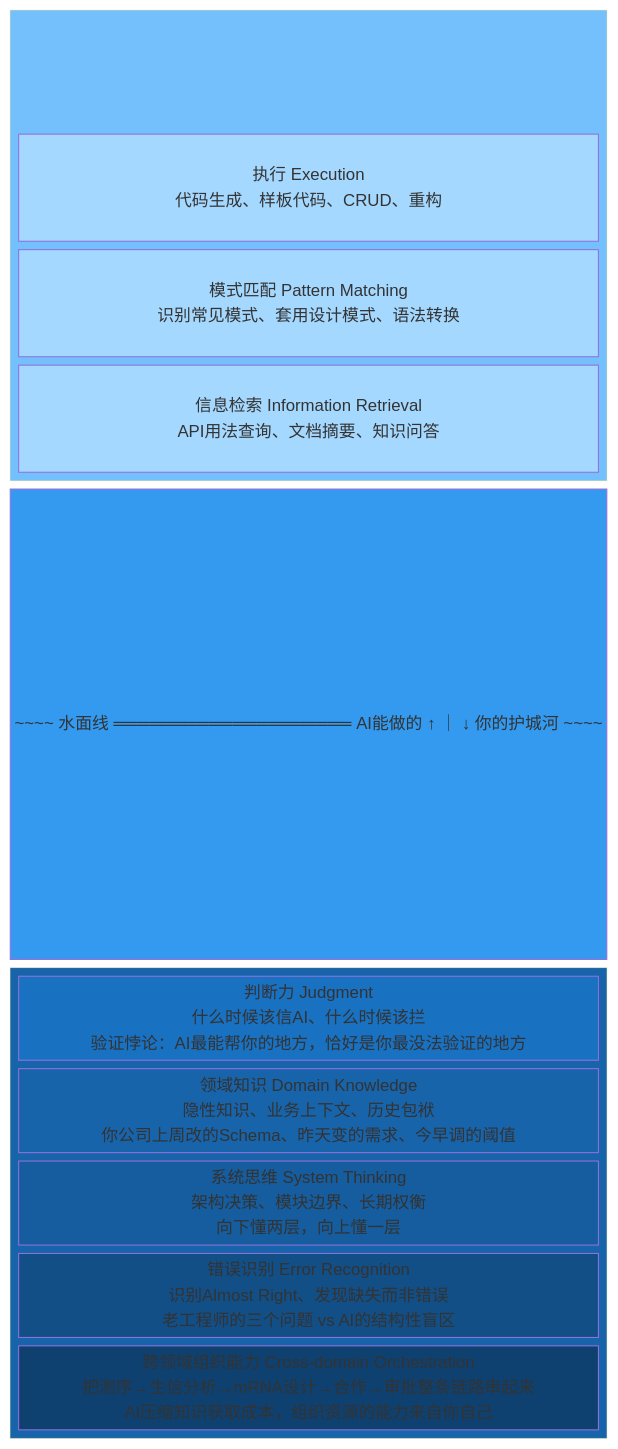
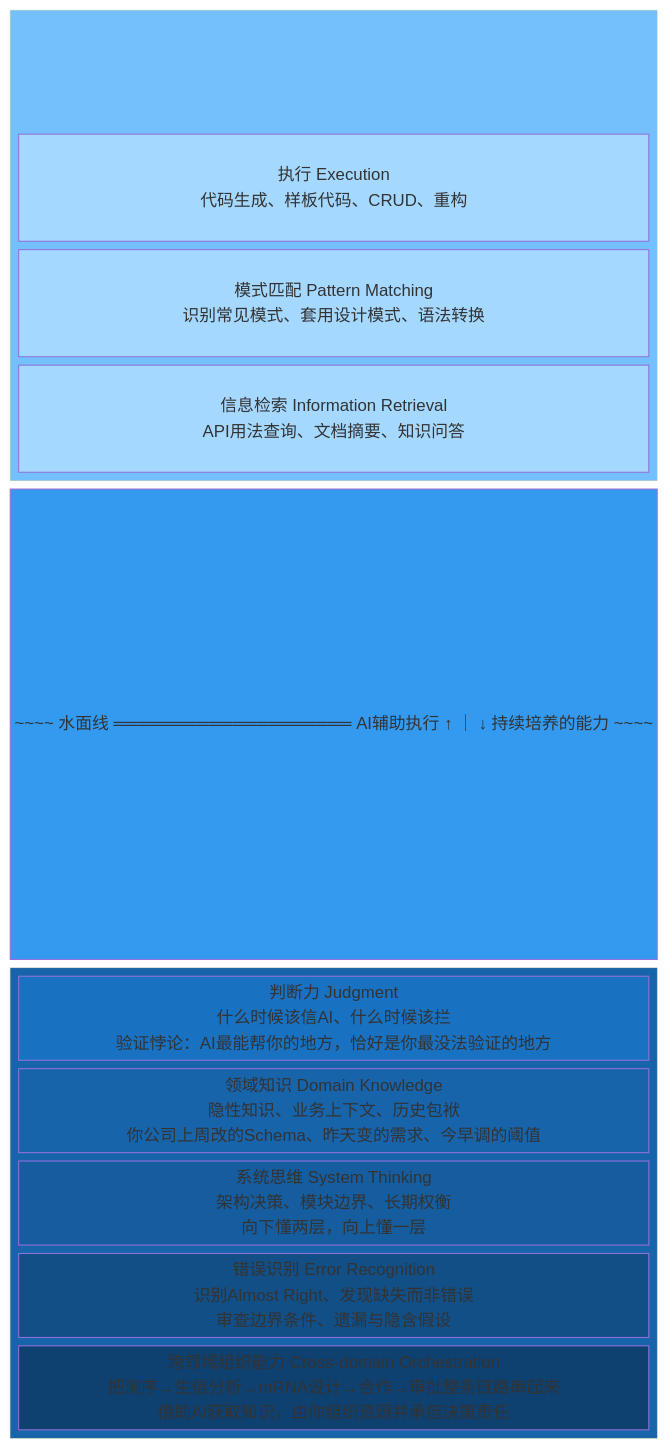
Before and after one commit to linan109/harness-engineering-book: the first of 2 diagrams in diagrams/capability-iceberg.md, drawn with Mermaid. The commit also changed other lines of this file and 53 other files, not shown here.

````diff
--- a/diagrams/capability-iceberg.md
+++ b/diagrams/capability-iceberg.md
@@ -9,35 +9,35 @@
 ```mermaid
 block-beta
     columns 1
     
     block:above:1
         columns 1
         space
         A1["执行 Execution<br/>代码生成、样板代码、CRUD、重构"]
         A2["模式匹配 Pattern Matching<br/>识别常见模式、套用设计模式、语法转换"]
         A3["信息检索 Information Retrieval<br/>API用法查询、文档摘要、知识问答"]
     end
     
-    WL["~~~~ 水面线 ════════════════════ AI能做的 ↑ ｜ ↓ 你的护城河 ~~~~"]
+    WL["~~~~ 水面线 ════════════════════ AI辅助执行 ↑ ｜ ↓ 持续培养的能力 ~~~~"]
     
     block:below:1
         columns 1
         B1["判断力 Judgment<br/>什么时候该信AI、什么时候该拦<br/>验证悖论：AI最能帮你的地方，恰好是你最没法验证的地方"]
         B2["领域知识 Domain Knowledge<br/>隐性知识、业务上下文、历史包袱<br/>你公司上周改的Schema、昨天变的需求、今早调的阈值"]
         B3["系统思维 System Thinking<br/>架构决策、模块边界、长期权衡<br/>向下懂两层，向上懂一层"]
-        B4["错误识别 Error Recognition<br/>识别Almost Right、发现缺失而非错误<br/>老工程师的三个问题 vs AI的结构性盲区"]
-        B5["跨领域组织能力 Cross-domain Orchestration<br/>把测序→生信分析→mRNA设计→合作→审批整条链路串起来<br/>AI压缩知识获取成本，组织资源的能力来自你自己"]
+        B4["错误识别 Error Recognition<br/>识别Almost Right、发现缺失而非错误<br/>审查边界条件、遗漏与隐含假设"]
+        B5["跨领域组织能力 Cross-domain Orchestration<br/>把测序→生信分析→mRNA设计→合作→审批整条链路串起来<br/>借助AI获取知识，由你组织资源并承担决策责任"]
     end
 
     style above fill:#74c0fc,color:#333
     style WL fill:#339af0,color:#fff
     style below fill:#1864ab,color:#fff
     style A1 fill:#a5d8ff,color:#333
     style A2 fill:#a5d8ff,color:#333
     style A3 fill:#a5d8ff,color:#333
     style B1 fill:#1971c2,color:#fff
     style B2 fill:#1864ab,color:#fff
     style B3 fill:#155d9e,color:#fff
     style B4 fill:#134f87,color:#fff
     style B5 fill:#0f4170,color:#fff
 ```
````
